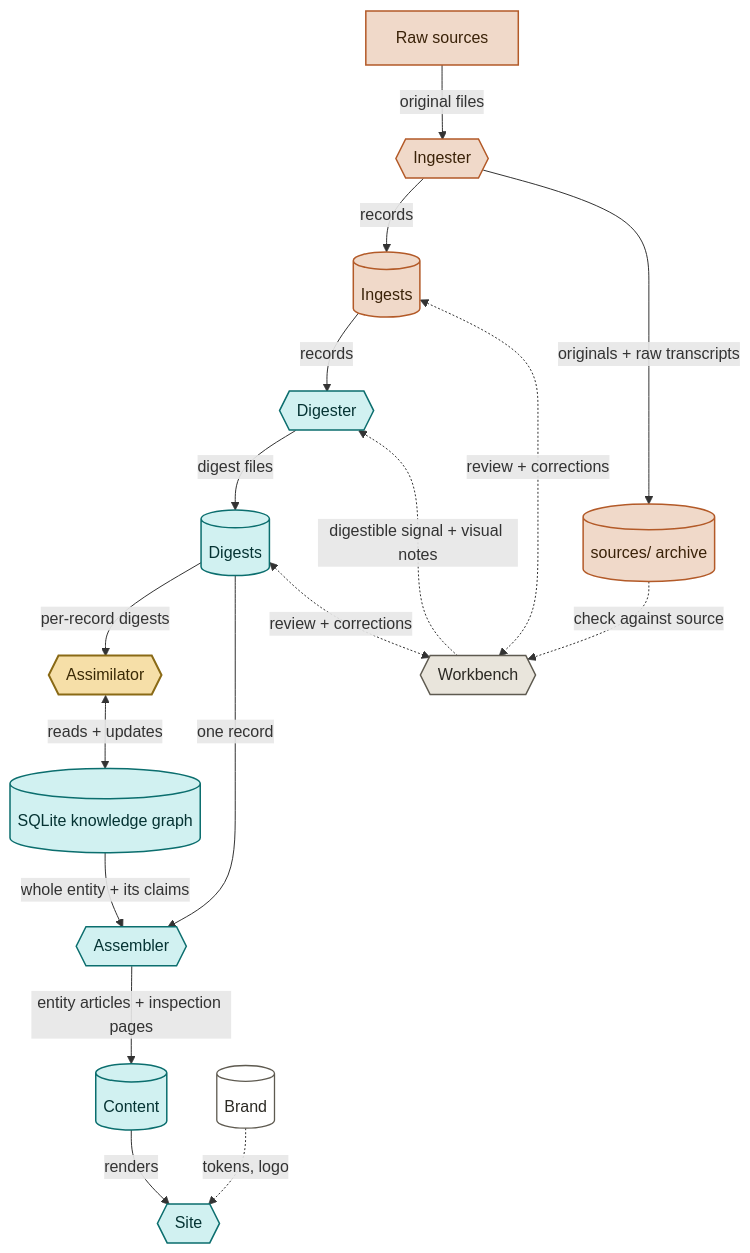
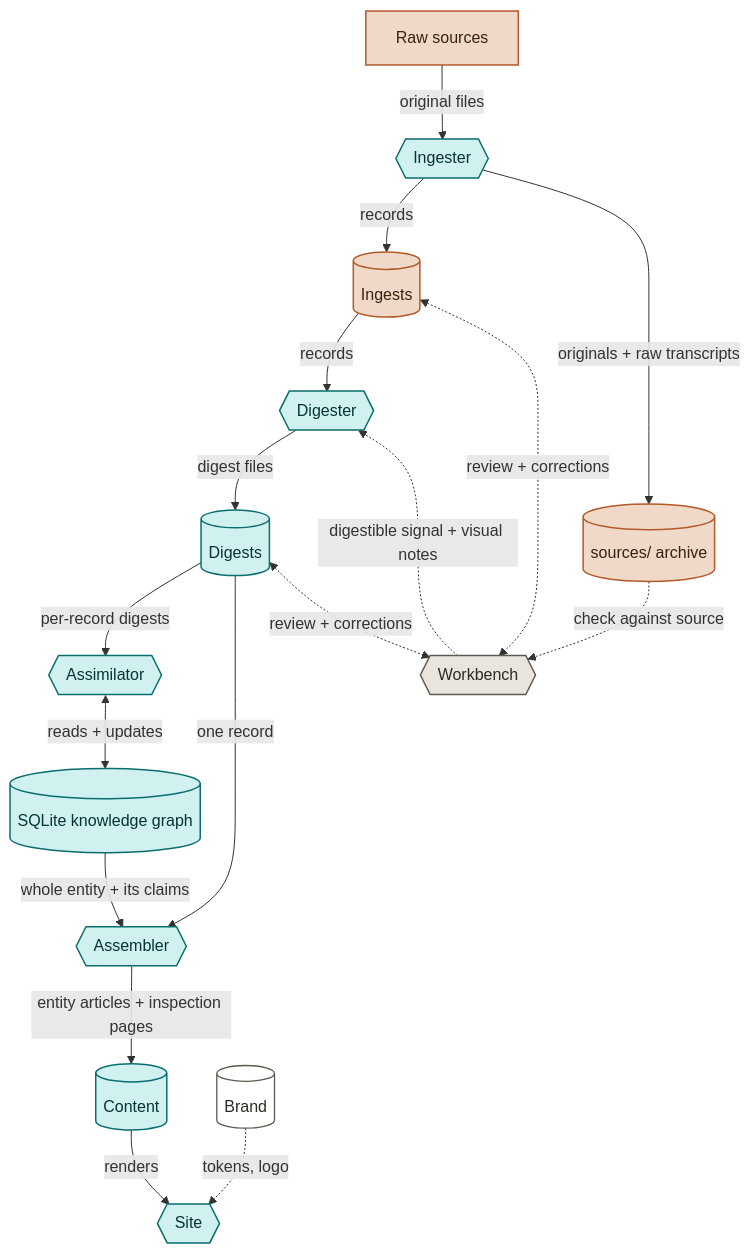
One commit to anomalica/site changed the diagram in assets/architecture/pipeline.mmd. Above: the diagram before and after it, drawn with Mermaid. The commit also changed 3 other files, not shown here.

First line of the commit message:
fix(architecture): honest copyright framing + assimilator live

```diff
--- a/assets/architecture/pipeline.mmd
+++ b/assets/architecture/pipeline.mmd
@@ -1,51 +1,50 @@
 flowchart TB
-  classDef priv fill:#F0D9C9,stroke:#B35A28,stroke-width:1.5px,color:#3a2208;
+  classDef src fill:#F0D9C9,stroke:#B35A28,stroke-width:1.5px,color:#3a2208;
   classDef pub fill:#D1F1F1,stroke:#0B6E6E,stroke-width:1.5px,color:#053333;
   classDef rev fill:#E9E5DC,stroke:#5E5A50,stroke-width:1.5px,color:#2c2a24;
   classDef store fill:#ffffff,stroke:#5E5A50,stroke-width:1.3px,color:#2c2a24;
-  classDef new fill:#F6DFA8,stroke:#8a6a16,stroke-width:2px,color:#3a2a06;
 
-  raw["Raw sources"]:::priv
-  ingester{{"Ingester"}}:::priv
-  ingests[("Ingests")]:::priv
-  archive[("sources/ archive")]:::priv
+  raw["Raw sources"]:::src
+  ingester{{"Ingester"}}:::pub
+  ingests[("Ingests")]:::src
+  archive[("sources/ archive")]:::src
   workbench{{"Workbench"}}:::rev
   digester{{"Digester"}}:::pub
   digests[("Digests")]:::pub
-  assimilator{{"Assimilator"}}:::new
+  assimilator{{"Assimilator"}}:::pub
   kg[("SQLite knowledge graph")]:::pub
   assembler{{"Assembler"}}:::pub
   content[("Content")]:::pub
   site{{"Site"}}:::pub
   brand[("Brand")]:::store
 
   raw -->|"original files"| ingester
   ingester -->|"records"| ingests
   ingester -->|"originals + raw transcripts"| archive
   ingests -->|"records"| digester
   digester -->|"digest files"| digests
   digests -->|"per-record digests"| assimilator
   assimilator <-->|"reads + updates"| kg
   kg -->|"whole entity + its claims"| assembler
   digests -->|"one record"| assembler
   assembler -->|"entity articles + inspection pages"| content
   content -->|"renders"| site
   brand -.->|"tokens, logo"| site
   ingests <-.->|"review + corrections"| workbench
   digests <-.->|"review + corrections"| workbench
   archive -.->|"check against source"| workbench
   workbench -.->|"digestible signal + visual notes"| digester
 
   click raw nodeClick
   click ingester nodeClick
   click ingests nodeClick
   click archive nodeClick
   click workbench nodeClick
   click digester nodeClick
   click digests nodeClick
   click assimilator nodeClick
   click kg nodeClick
   click assembler nodeClick
   click content nodeClick
   click site nodeClick
   click brand nodeClick
```
